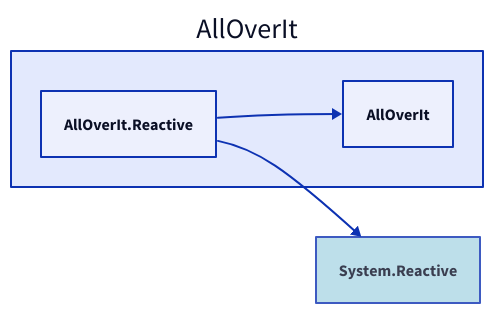
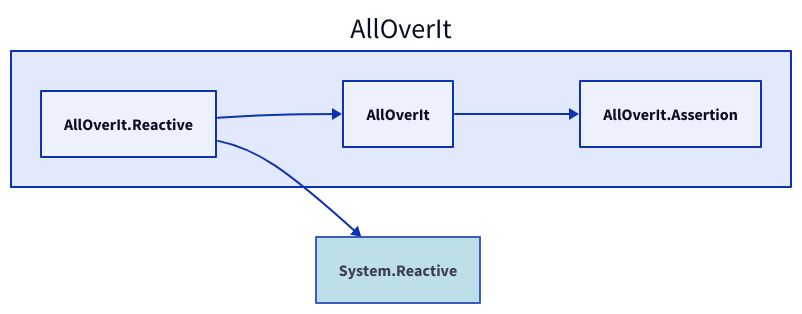
Before and after one commit to nickathone/AllOverIt: the diagram in Docs/Dependencies/alloverit-reactive.d2, drawn with D2. The commit also changed 75 other files, not shown here.

```diff
--- a/Docs/Dependencies/alloverit-reactive.d2
+++ b/Docs/Dependencies/alloverit-reactive.d2
@@ -1,11 +1,13 @@
 direction: right
 
 aoi: AllOverIt
 aoi.alloverit-reactive: AllOverIt.Reactive
 aoi.alloverit: AllOverIt
+aoi.alloverit-assertion: AllOverIt.Assertion
 system-reactive: System.Reactive
 system-reactive.style.fill: lightblue
 system-reactive.style.opacity: 0.8
 
 aoi.alloverit <- aoi.alloverit-reactive
+aoi.alloverit-assertion <- aoi.alloverit
 system-reactive <- aoi.alloverit-reactive
```
